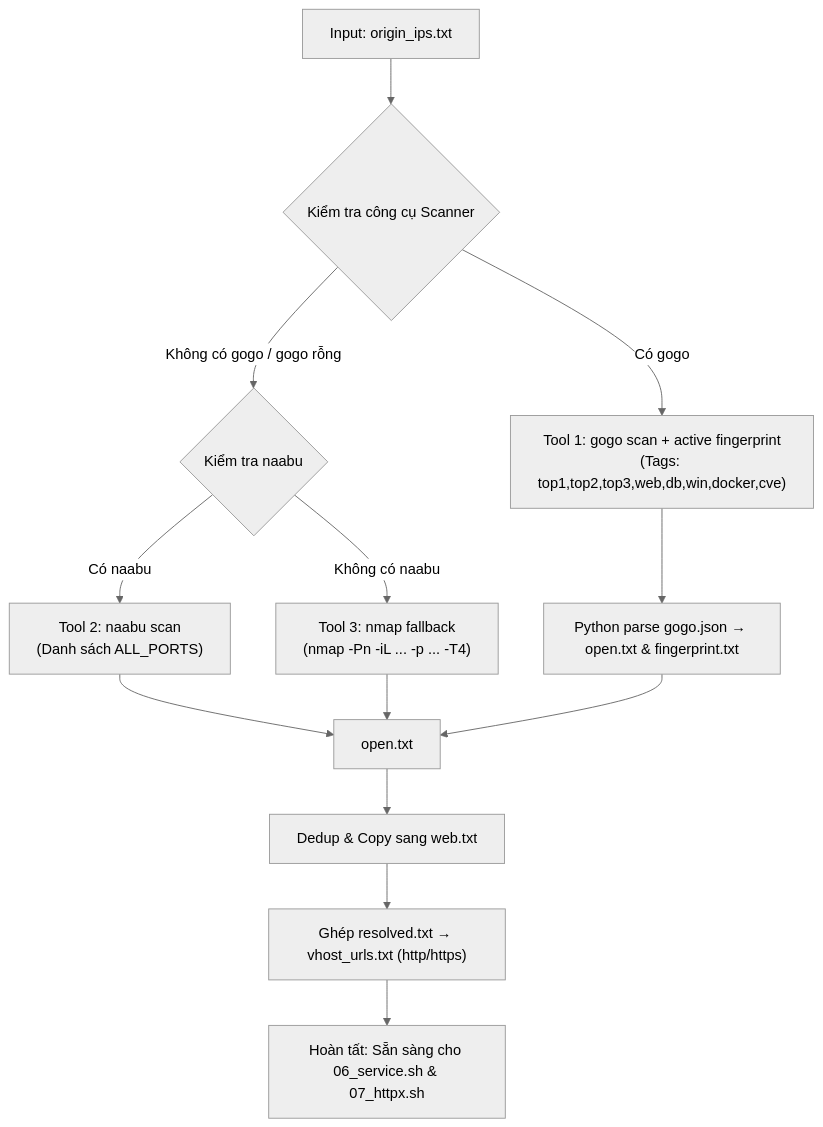
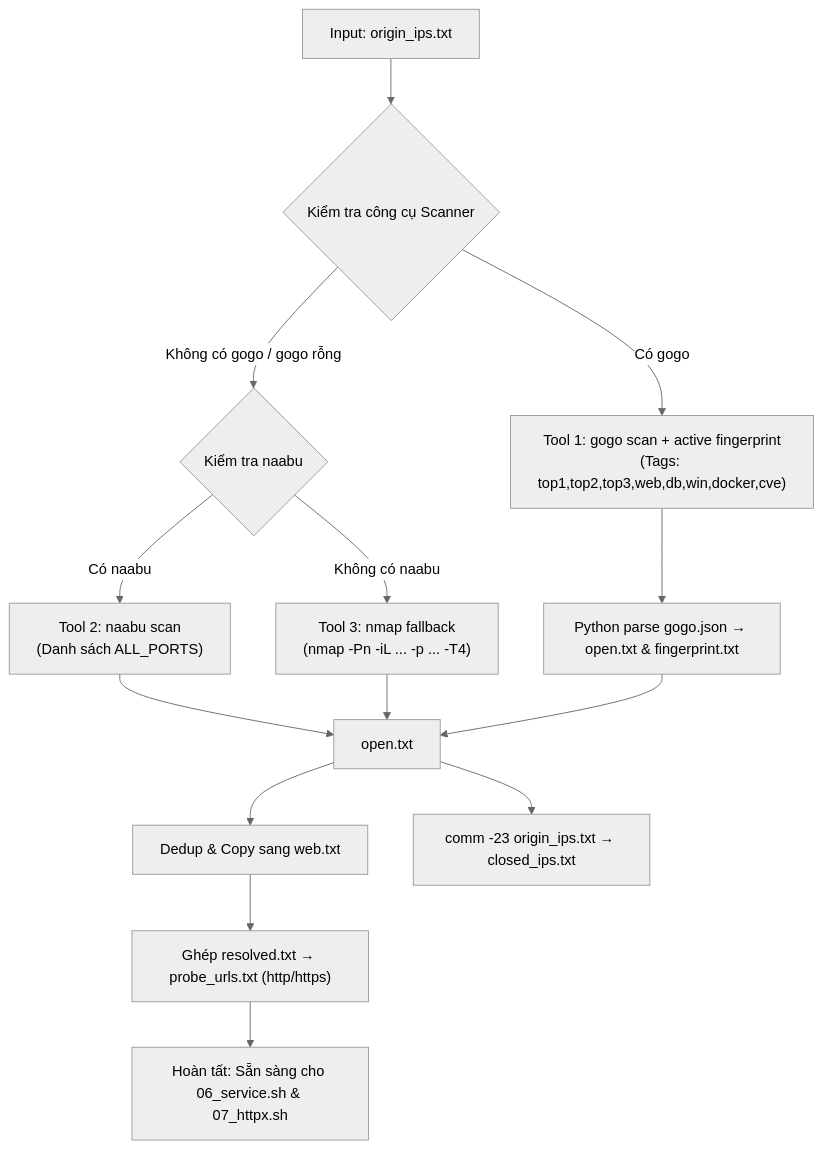
One commit to giangnamG/recon-pipeline changed the diagram in docs/05_portscan.md. Above: the diagram before and after it, drawn with Mermaid (neutral theme). The commit also changed other lines of this file and 3 other files, not shown here.

Commit message:
refactor(portscan): rename vhost_urls.txt to probe_urls.txt

````diff
--- a/docs/05_portscan.md
+++ b/docs/05_portscan.md
@@ -52,15 +52,16 @@
 ```mermaid
 flowchart TD
     A["Input: origin_ips.txt"] --> B{"Kiểm tra công cụ Scanner"}
     B -- "Có gogo" --> C["Tool 1: gogo scan + active fingerprint\n(Tags: top1,top2,top3,web,db,win,docker,cve)"]
     B -- "Không có gogo / gogo rỗng" --> D{"Kiểm tra naabu"}
     D -- "Có naabu" --> E["Tool 2: naabu scan\n(Danh sách ALL_PORTS)"]
     D -- "Không có naabu" --> F["Tool 3: nmap fallback\n(nmap -Pn -iL ... -p ... -T4)"]
     C --> G["Python parse gogo.json → open.txt & fingerprint.txt"]
     E --> H["open.txt"]
     F --> H
     G --> H
     H --> I["Dedup & Copy sang web.txt"]
-    I --> J["Ghép resolved.txt → vhost_urls.txt (http/https)"]
-    J --> K["Hoàn tất: Sẵn sàng cho 06_service.sh & 07_httpx.sh"]
+    H --> J["comm -23 origin_ips.txt → closed_ips.txt"]
+    I --> K["Ghép resolved.txt → probe_urls.txt (http/https)"]
+    K --> L["Hoàn tất: Sẵn sàng cho 06_service.sh & 07_httpx.sh"]
 ```
````
